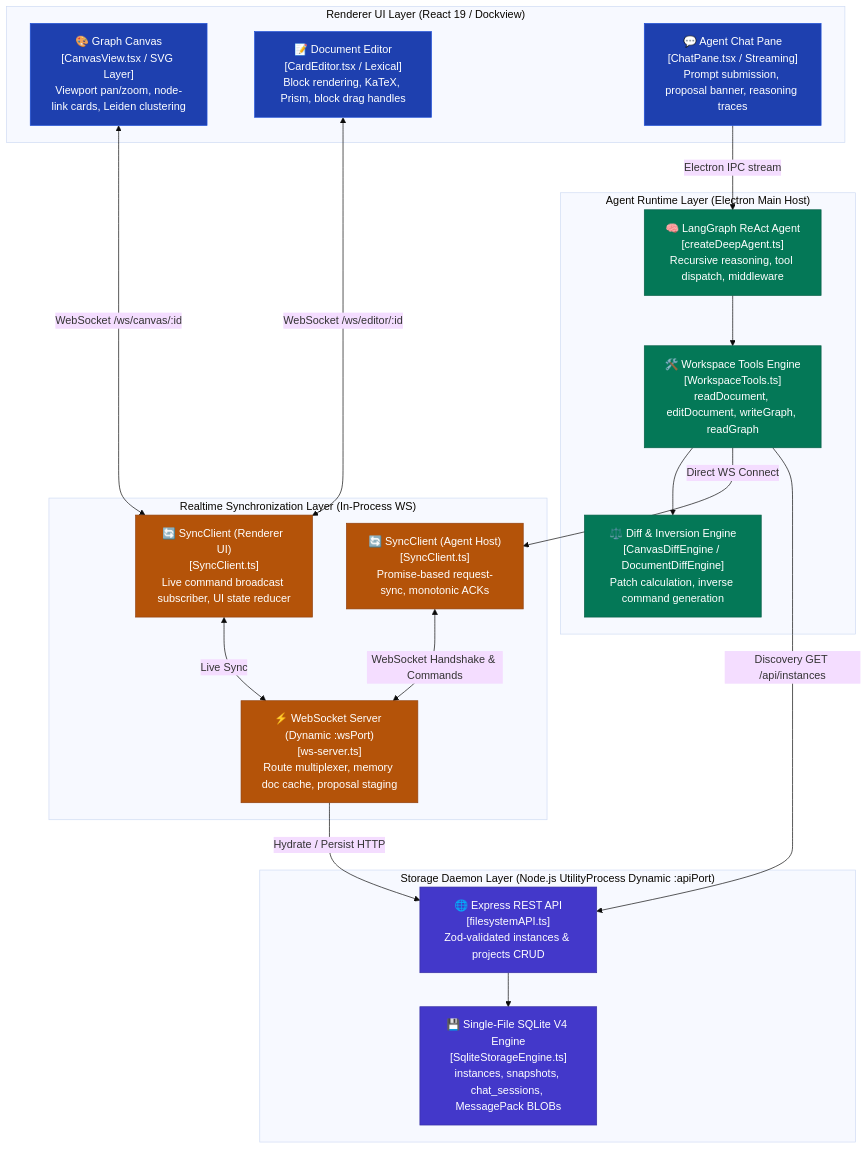
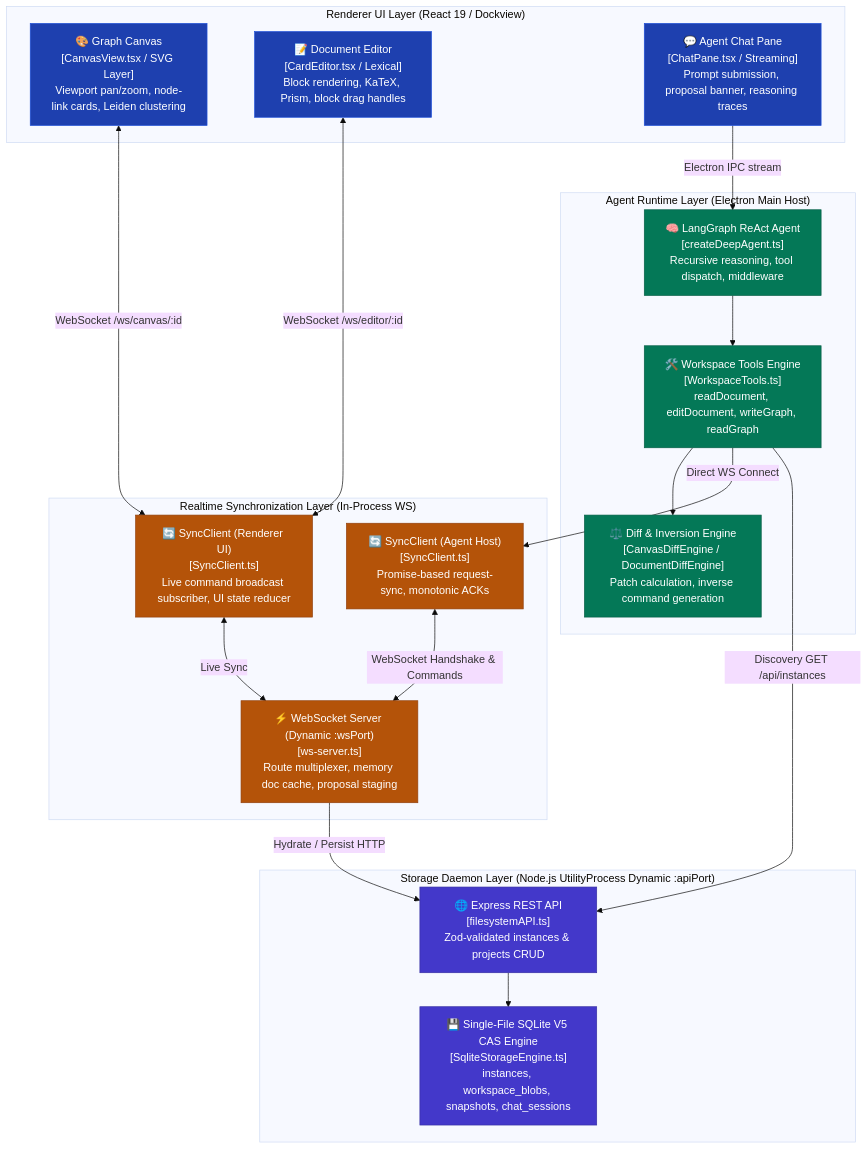
The first of 4 diagrams in docs/design-catalog/core-engine-wiring.md (Goldwaterfung/Collaragent), drawn with Mermaid (base theme) before and after one commit. The commit also changed other lines of this file and 536 other files, not shown here.

Commit message:
ci: update graph and document sync system

````diff
--- a/docs/design-catalog/core-engine-wiring.md
+++ b/docs/design-catalog/core-engine-wiring.md
@@ -11,47 +11,47 @@
 ```mermaid
 flowchart TB
     %% Architecture Topology Styling
     classDef ui fill:#1e40af,stroke:#1d4ed8,color:#fff;
     classDef agent fill:#047857,stroke:#065f46,color:#fff;
     classDef sync fill:#b45309,stroke:#92400e,color:#fff;
     classDef storage fill:#4338ca,stroke:#3730a3,color:#fff;
     classDef boundary fill:none,stroke:#64748b,stroke-width:2px,stroke-dasharray: 4 4;
 
     subgraph RendererLayer ["Renderer UI Layer (React 19 / Dockview)"]
         CanvasView["🎨 Graph Canvas<br/>[CanvasView.tsx / SVG Layer]<br/>Viewport pan/zoom, node-link cards, Leiden clustering"]:::ui
         EditorView["📝 Document Editor<br/>[CardEditor.tsx / Lexical]<br/>Block rendering, KaTeX, Prism, block drag handles"]:::ui
         ChatView["💬 Agent Chat Pane<br/>[ChatPane.tsx / Streaming]<br/>Prompt submission, proposal banner, reasoning traces"]:::ui
     end
 
     subgraph AgentLayer ["Agent Runtime Layer (Electron Main Host)"]
         AgentEngine["🧠 LangGraph ReAct Agent<br/>[createDeepAgent.ts]<br/>Recursive reasoning, tool dispatch, middleware"]:::agent
         WorkspaceTools["🛠️ Workspace Tools Engine<br/>[WorkspaceTools.ts]<br/>readDocument, editDocument, writeGraph, readGraph"]:::agent
         DiffEngine["⚖️ Diff & Inversion Engine<br/>[CanvasDiffEngine / DocumentDiffEngine]<br/>Patch calculation, inverse command generation"]:::agent
     end
 
     subgraph SyncLayer ["Realtime Synchronization Layer (In-Process WS)"]
         WSServer["⚡ WebSocket Server (Dynamic :wsPort)<br/>[ws-server.ts]<br/>Route multiplexer, memory doc cache, proposal staging"]:::sync
         SyncClientAgent["🔄 SyncClient (Agent Host)<br/>[SyncClient.ts]<br/>Promise-based request-sync, monotonic ACKs"]:::sync
         SyncClientUI["🔄 SyncClient (Renderer UI)<br/>[SyncClient.ts]<br/>Live command broadcast subscriber, UI state reducer"]:::sync
     end
 
     subgraph StorageLayer ["Storage Daemon Layer (Node.js UtilityProcess Dynamic :apiPort)"]
         RESTServer["🌐 Express REST API<br/>[filesystemAPI.ts]<br/>Zod-validated instances & projects CRUD"]:::storage
-        SqliteEngine["💾 Single-File SQLite V4 Engine<br/>[SqliteStorageEngine.ts]<br/>instances, snapshots, chat_sessions, MessagePack BLOBs"]:::storage
+        SqliteEngine["💾 Single-File SQLite V5 CAS Engine<br/>[SqliteStorageEngine.ts]<br/>instances, workspace_blobs, snapshots, chat_sessions"]:::storage
     end
 
     %% Wiring Connections
     ChatView -->|"Electron IPC stream"| AgentEngine
     AgentEngine --> WorkspaceTools
     WorkspaceTools --> DiffEngine
     WorkspaceTools -->|"Direct WS Connect"| SyncClientAgent
     SyncClientAgent <-->|"WebSocket Handshake & Commands"| WSServer
 
     CanvasView <-->|"WebSocket /ws/canvas/:id"| SyncClientUI
     EditorView <-->|"WebSocket /ws/editor/:id"| SyncClientUI
     SyncClientUI <-->|"Live Sync"| WSServer
 
     WSServer -->|"Hydrate / Persist HTTP"| RESTServer
     WorkspaceTools -->|"Discovery GET /api/instances"| RESTServer
     RESTServer --> SqliteEngine
 ```
````
